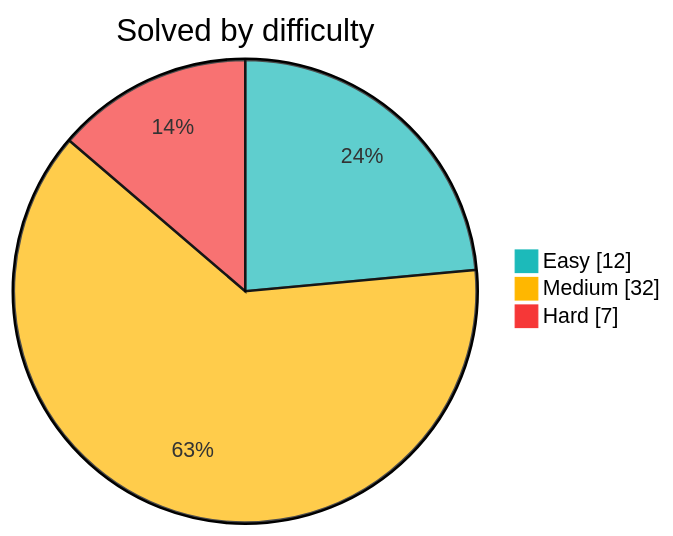
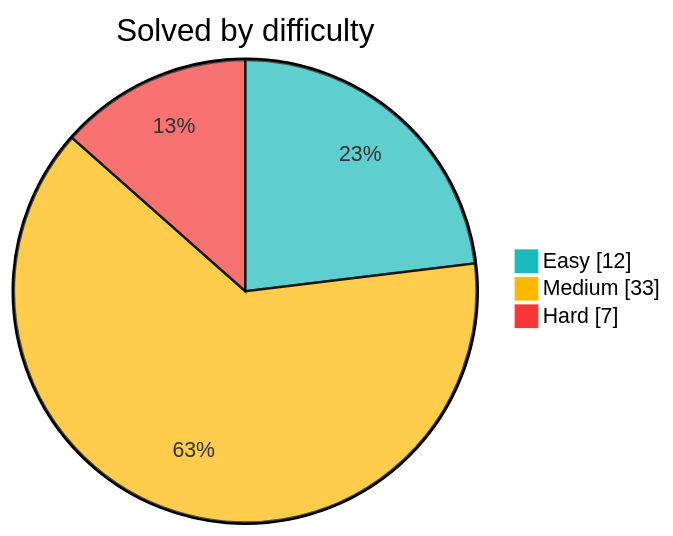
The diagram in README.md (Sekler09/algorithms), drawn with Mermaid before and after one commit. The commit also changed other lines of this file and 7 other files, not shown here.

````diff
--- a/README.md
+++ b/README.md
@@ -9,8 +9,8 @@
 ```mermaid
 %%{init: {"themeVariables": {"pie1": "#1cbaba", "pie2": "#ffb700", "pie3": "#f63737"}}}%%
 pie showData
     title Solved by difficulty
     "Easy" : 12
-    "Medium" : 32
+    "Medium" : 33
     "Hard" : 7
 ```
````
